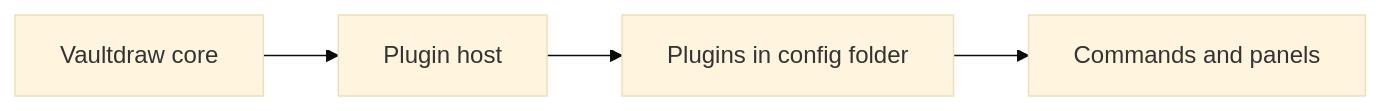
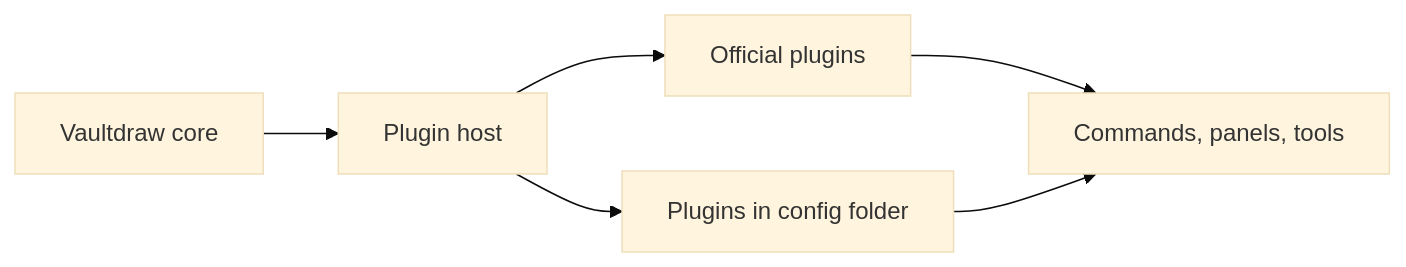
One commit to Vaultdraw/vaultdraw-website changed the diagram in src/content/docs/plugins.md. Above: the diagram before and after it, drawn with Mermaid (base theme). The commit also changed other lines of this file and 7 other files, not shown here.

Commit message:
docs(site): 0.2.0 docs: official plugins, notes and Obsidian, profiles, backup, synced folders, community themes (next release)

````diff
--- a/src/content/docs/plugins.md
+++ b/src/content/docs/plugins.md
@@ -44,6 +58,8 @@
 ```mermaid
 flowchart LR
   A["Vaultdraw core"] --> B["Plugin host"]
-  B --> C["Plugins in config folder"]
-  C --> D["Commands and panels"]
+  B --> C["Official plugins"]
+  B --> D["Plugins in config folder"]
+  C --> E["Commands, panels, tools"]
+  D --> E
 ```
````
